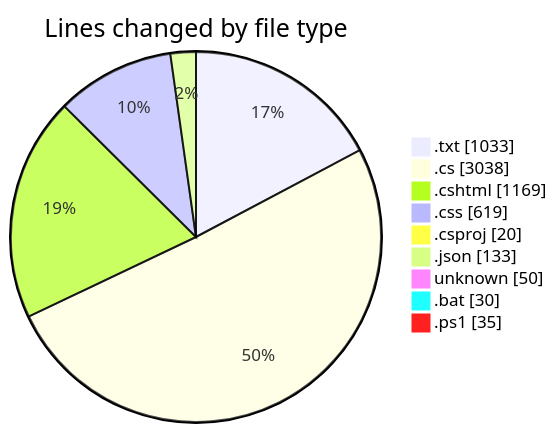
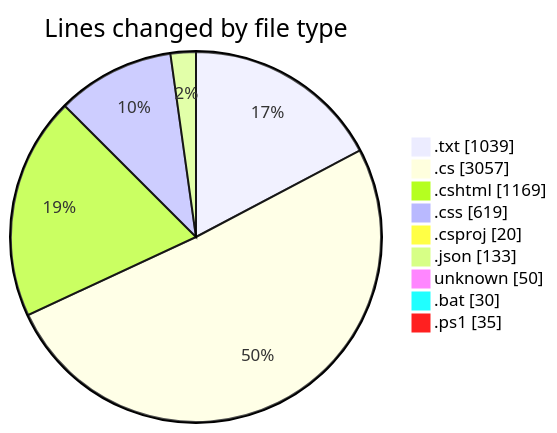
One commit to lephambinh05/code-tracking changed the first of 2 diagrams in 2025-07-26/quanlyrapchieuphim-1/README.md. Above: the diagram before and after it, drawn with Mermaid. The commit also changed other lines of this file and 1 other file, not shown here.

````diff
--- a/2025-07-26/quanlyrapchieuphim-1/README.md
+++ b/2025-07-26/quanlyrapchieuphim-1/README.md
@@ -37,13 +37,13 @@
 ```mermaid
 pie showData
 title Lines changed by file type
-".txt" : 1033
-".cs" : 3038
+".txt" : 1039
+".cs" : 3057
 ".cshtml" : 1169
 ".css" : 619
 ".csproj" : 20
 ".json" : 133
 "unknown" : 50
 ".bat" : 30
 ".ps1" : 35
 ```
````
